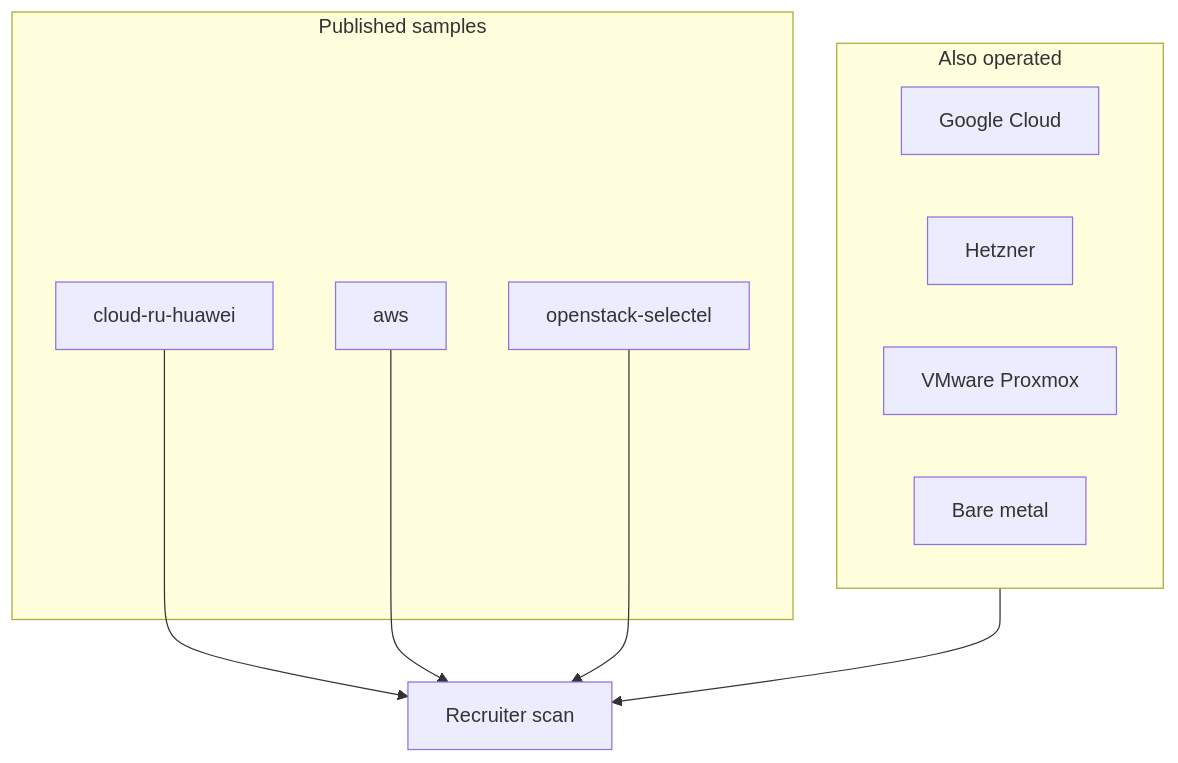
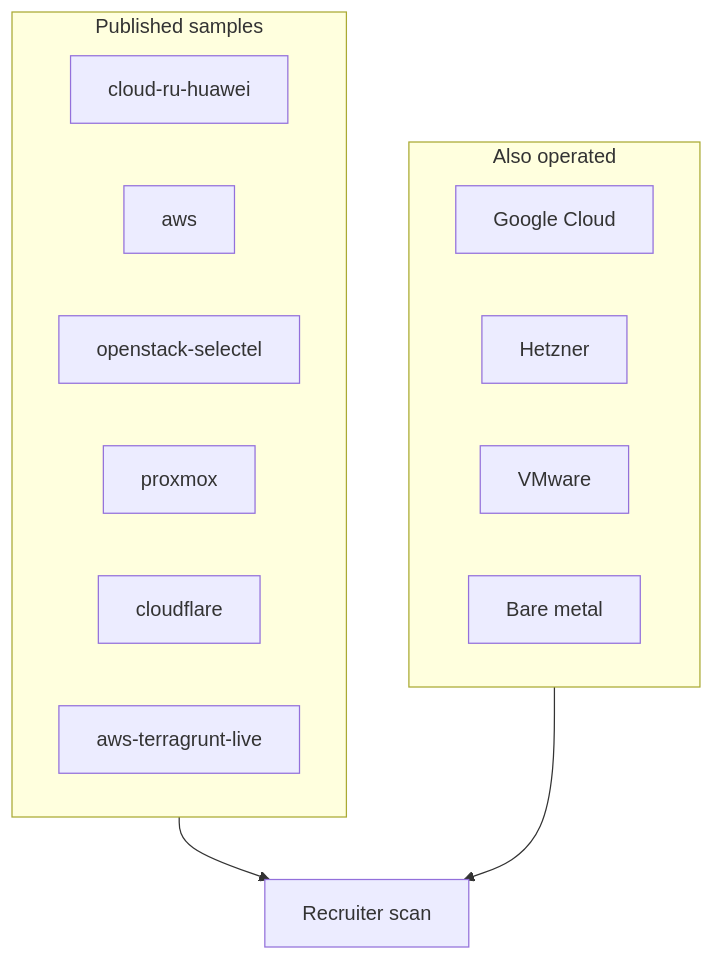
Before and after one commit to NarberallGamma/narberall-platform-engineer-lab: the diagram in terraform/platforms/README.md, drawn with Mermaid. The commit also changed other lines of this file and 25 other files, not shown here.

First line of the commit message:
Add sanitized client TF gaps: Proxmox, Cloudflare, AWS Terragrunt, richer Selectel.

````diff
--- a/terraform/platforms/README.md
+++ b/terraform/platforms/README.md
@@ -29,18 +22,19 @@
 ```mermaid
 flowchart TB
   subgraph published [Published samples]
     CR[cloud-ru-huawei]
     AWS[aws]
     OS[openstack-selectel]
+    PX[proxmox]
+    CF[cloudflare]
+    TG[aws-terragrunt-live]
   end
   subgraph operated [Also operated]
     GCP[Google Cloud]
     HZ[Hetzner]
-    VM[VMware Proxmox]
+    VM[VMware]
     BM[Bare metal]
   end
-  CR --> Hunter[Recruiter scan]
-  AWS --> Hunter
-  OS --> Hunter
+  published --> Hunter[Recruiter scan]
   operated --> Hunter
 ```
````
